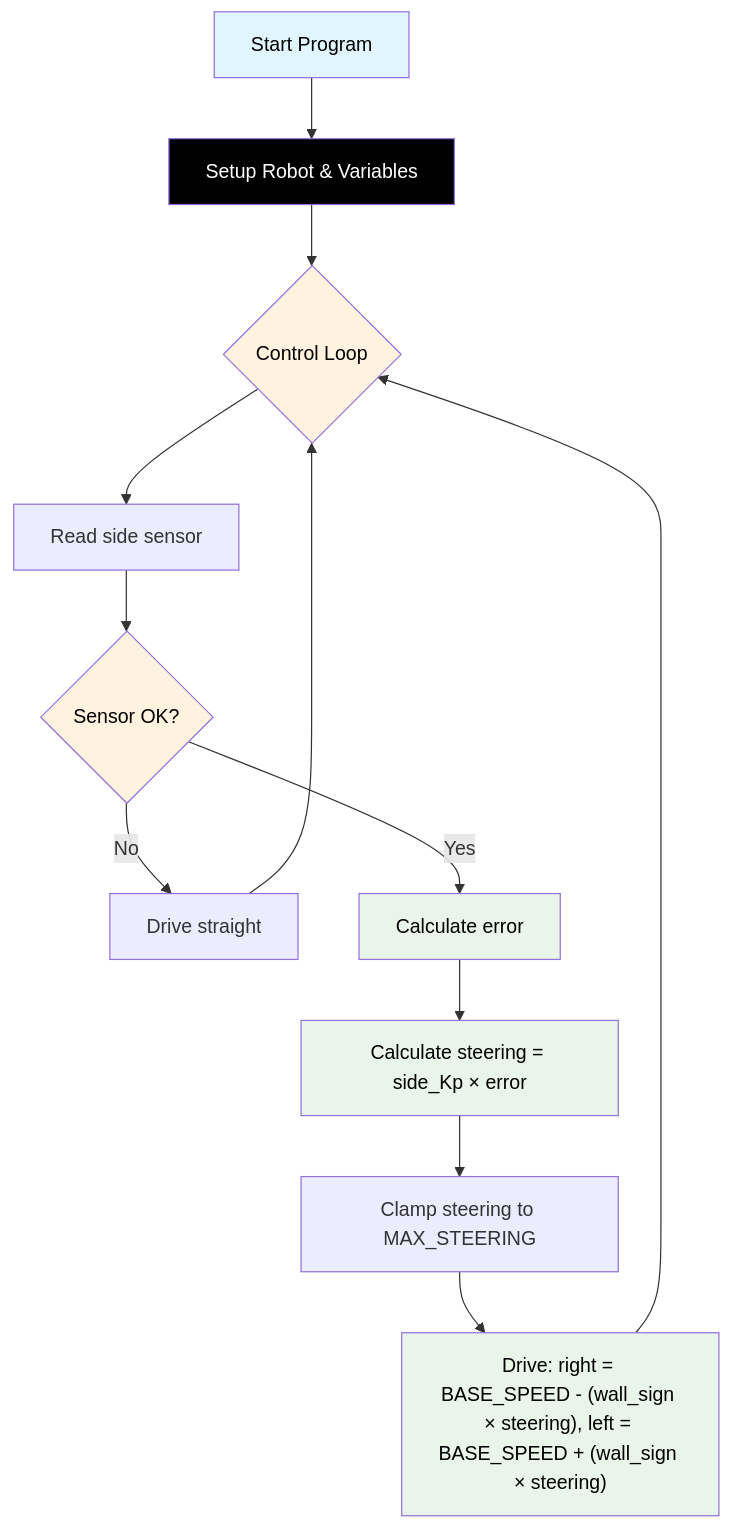
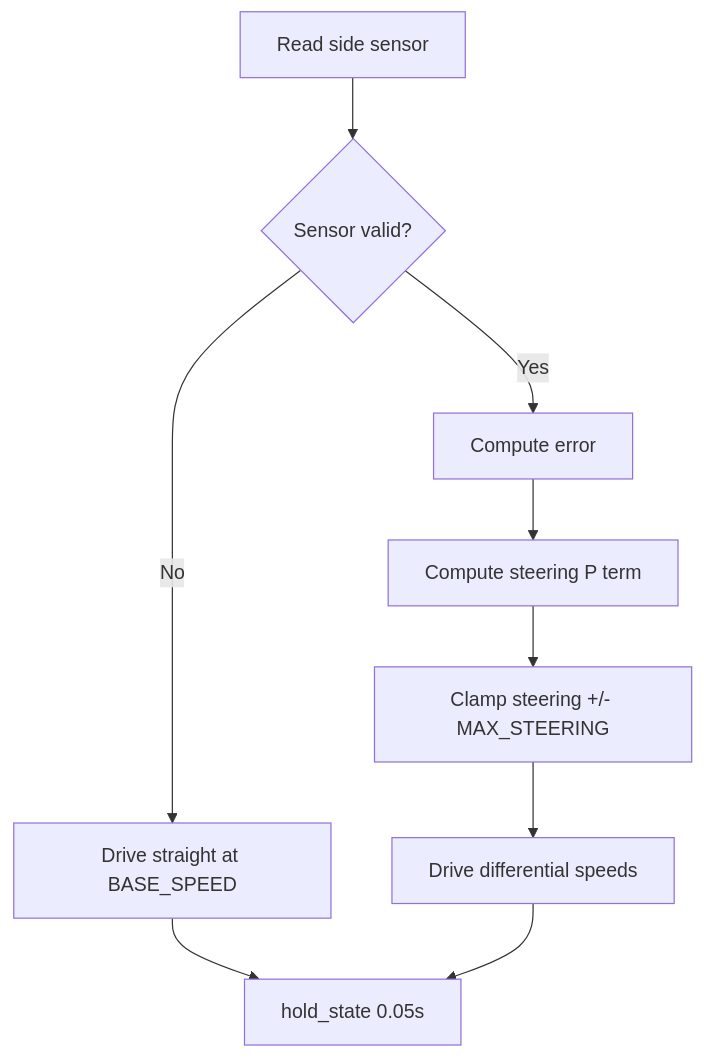
One commit to TempeHS/RP2040_Competition_Robot changed the diagram in docs/Challenge_1.md. Above: the diagram before and after it, drawn with Mermaid. The commit also changed other lines of this file and 14 other files, not shown here.

````diff
--- a/docs/Challenge_1.md
+++ b/docs/Challenge_1.md
@@ -29,22 +49,11 @@
 ```mermaid
 flowchart TD
-    A[Start Program] --> B[Setup Robot & Variables]
-    B --> C{Control Loop}
-    C --> D[Read side sensor]
-    D --> E{Sensor OK?}
-    E -- No --> F[Drive straight]
-    F --> C
-    E -- Yes --> G[Calculate error]
-    G --> H[Calculate steering = side_Kp × error]
-    H --> I[Clamp steering to MAX_STEERING]
-    I --> J["Drive: right = BASE_SPEED - (wall_sign × steering), left = BASE_SPEED + (wall_sign × steering)"]
-    J --> C
-
-    style A fill:#e1f5fe,color:#000000
-    style B fill:#000000,color:#ffffff
-    style C fill:#fff3e0,color:#000000
-    style E fill:#fff3e0,color:#000000
-    style G fill:#e8f5e8,color:#000000
-    style H fill:#e8f5e8,color:#000000
-    style J fill:#e8f5e8,color:#000000
+    A[Read side sensor] --> B{Sensor valid?}
+    B -- No --> C[Drive straight at BASE_SPEED]
+    C --> H[hold_state 0.05s]
+    B -- Yes --> D[Compute error]
+    D --> E[Compute steering P term]
+    E --> F[Clamp steering +/- MAX_STEERING]
+    F --> G[Drive differential speeds]
+    G --> H
 ```
````
